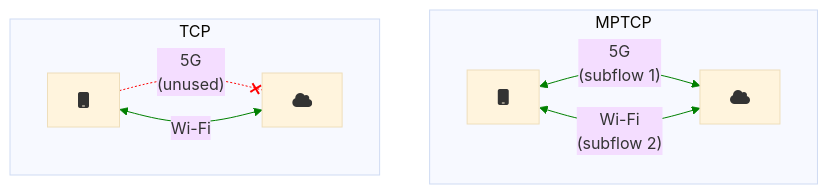
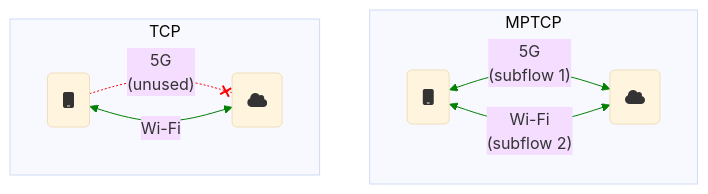
One commit to mux99/mptcp.dev changed the first of 3 diagrams in index.md. Above: the diagram before and after it, drawn with Mermaid (base theme). The commit also changed other lines of this file, not shown here.

First line of the commit message:
mermaid: round corners and space

````diff
--- a/index.md
+++ b/index.md
@@ -16,27 +16,27 @@
 ```mermaid
 graph TD;
     subgraph MPTCP
         direction LR
 
-        C_1[fa:fa-mobile]
-        S_1[fa:fa-cloud]
+        C_1( fa:fa-mobile )
+        S_1( fa:fa-cloud )
     end
 
     subgraph TCP
         direction LR
 
-        C_2[fa:fa-mobile]
-        S_2[fa:fa-cloud]
+        C_2( fa:fa-mobile )
+        S_2( fa:fa-cloud )
     end
 
     C_1 <-- "5G<br>(subflow 1)" --> S_1
     C_1 <-- "Wi-Fi<br>(subflow 2)" --> S_1
 
     C_2 -. "5G<br>(unused)" .-x S_2
     C_2 <-- "Wi-Fi" --> S_2
 
     linkStyle 0 stroke:green;
     linkStyle 1 stroke:green;
     linkStyle 2 stroke:red;
     linkStyle 3 stroke:green;
 ```
````
